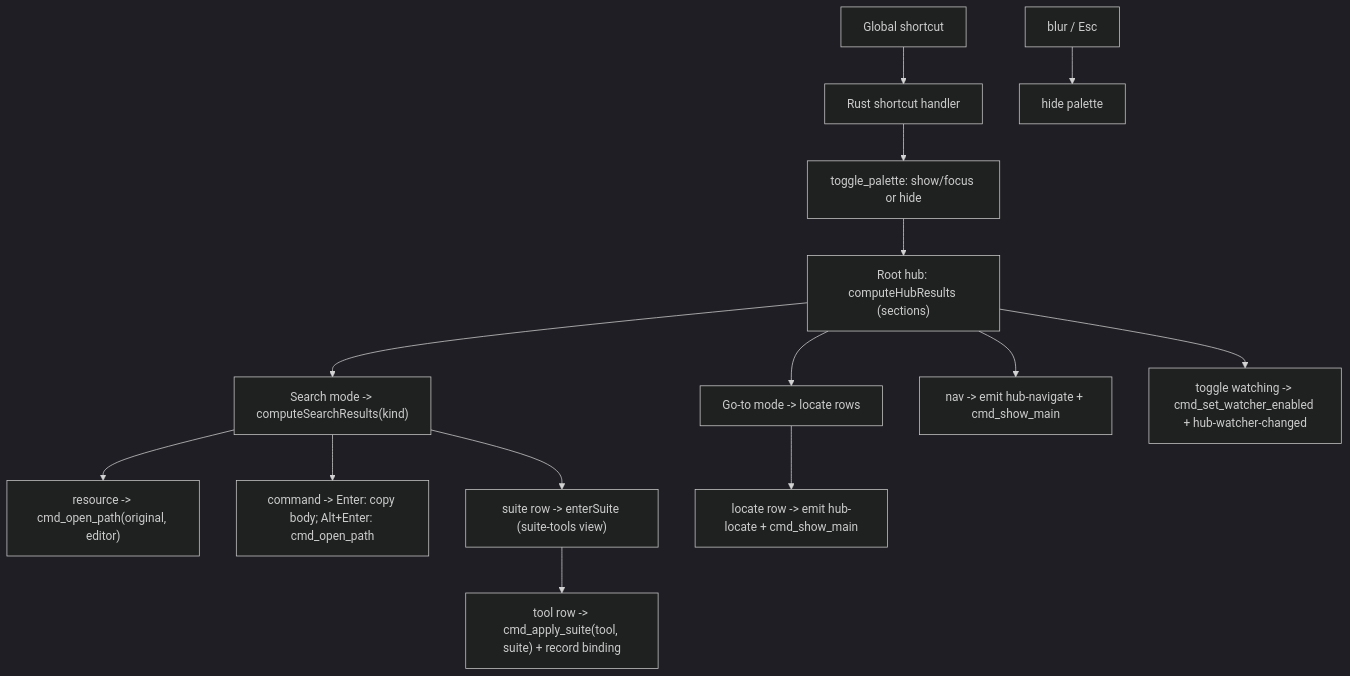
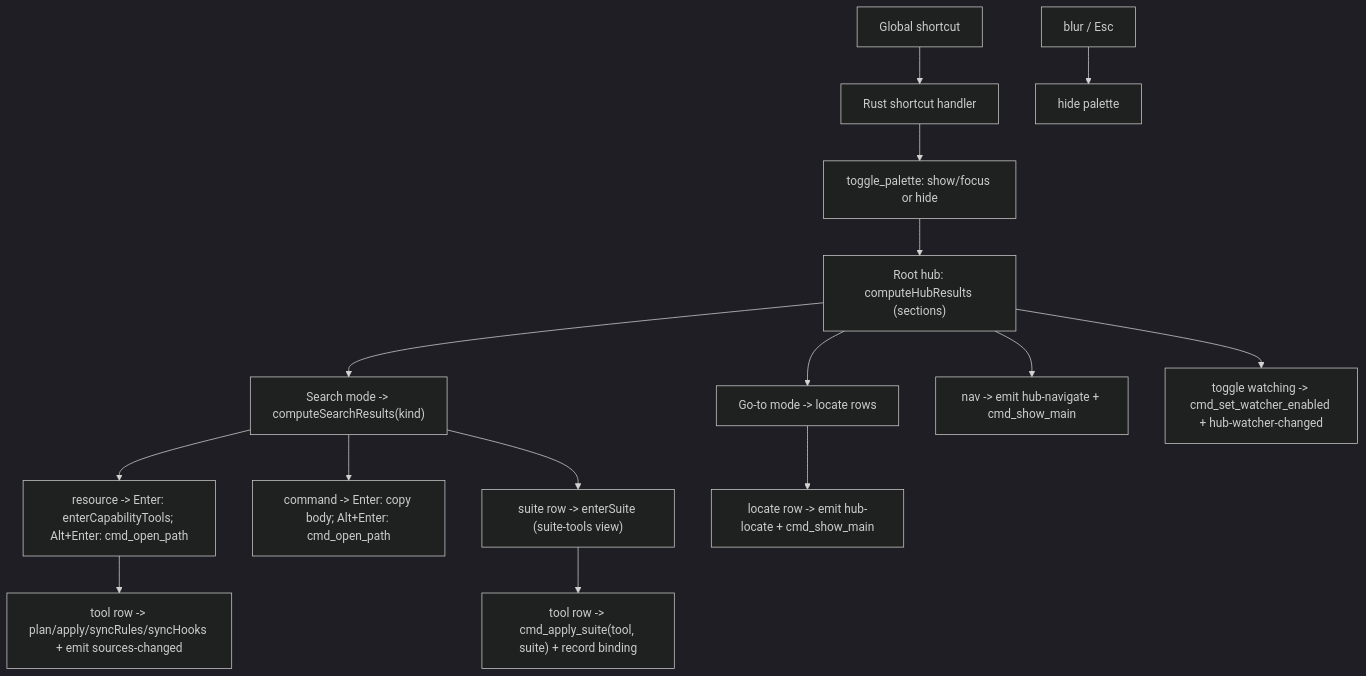
One commit to elaboration-studio/agentic-hub changed the diagram in docs/features/command-palette.md. Above: the diagram before and after it, drawn with Mermaid (dark theme). The commit also changed other lines of this file and 7 other files, not shown here.

First line of the commit message:
feat: inline per-tool capability toggle in command palette

````diff
--- a/docs/features/command-palette.md
+++ b/docs/features/command-palette.md
@@ -87,16 +101,17 @@
 ```mermaid
 flowchart TD
   shortcut["Global shortcut"] --> handler["Rust shortcut handler"]
   handler --> toggle["toggle_palette: show/focus or hide"]
   toggle --> hub["Root hub: computeHubResults (sections)"]
   hub --> searchMode["Search mode -> computeSearchResults(kind)"]
   hub --> gotoMode["Go-to mode -> locate rows"]
   hub --> nav["nav -> emit hub-navigate + cmd_show_main"]
   hub --> watch["toggle watching -> cmd_set_watcher_enabled + hub-watcher-changed"]
-  searchMode --> resource["resource -> cmd_open_path(original, editor)"]
+  searchMode --> resource["resource -> Enter: enterCapabilityTools; Alt+Enter: cmd_open_path"]
   searchMode --> command["command -> Enter: copy body; Alt+Enter: cmd_open_path"]
   searchMode --> suite["suite row -> enterSuite (suite-tools view)"]
+  resource --> captool["tool row -> plan/apply/syncRules/syncHooks + emit sources-changed"]
   gotoMode --> locateRow["locate row -> emit hub-locate + cmd_show_main"]
   suite --> applyRow["tool row -> cmd_apply_suite(tool, suite) + record binding"]
   blur["blur / Esc"] --> hide["hide palette"]
 ```
````
